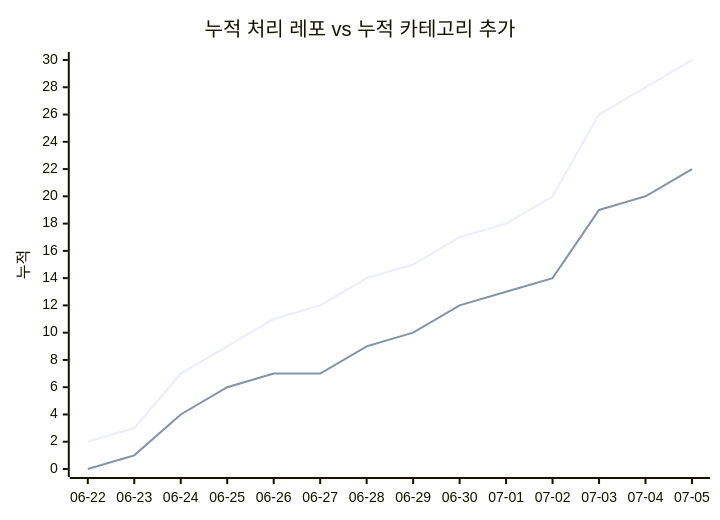
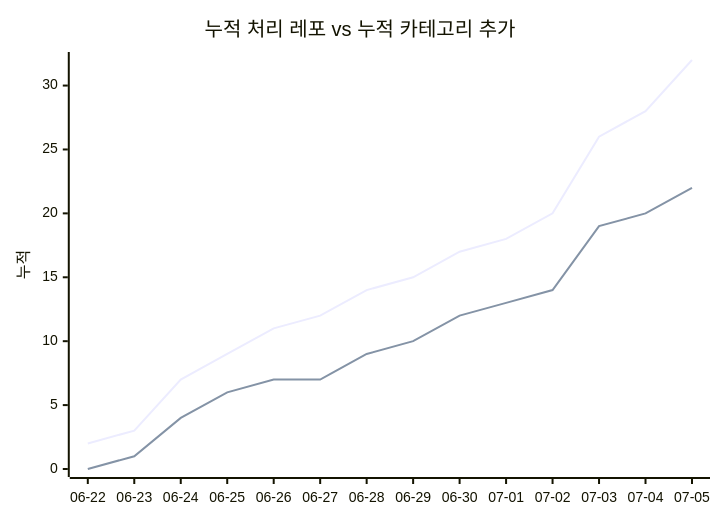
One commit to J-nowcow/awesome-korean-agent-skills changed the second of 2 diagrams in docs/trends.md. Above: the diagram before and after it, drawn with Mermaid. The commit also changed other lines of this file and 2 other files, not shown here.

````diff
--- a/docs/trends.md
+++ b/docs/trends.md
@@ -68,8 +68,8 @@
 ```mermaid
 xychart-beta
     title "누적 처리 레포 vs 누적 카테고리 추가"
     x-axis ["06-22","06-23","06-24","06-25","06-26","06-27","06-28","06-29","06-30","07-01","07-02","07-03","07-04","07-05"]
     y-axis "누적"
-    line [2,3,7,9,11,12,14,15,17,18,20,26,28,30]
+    line [2,3,7,9,11,12,14,15,17,18,20,26,28,32]
     line [0,1,4,6,7,7,9,10,12,13,14,19,20,22]
 ```
````
